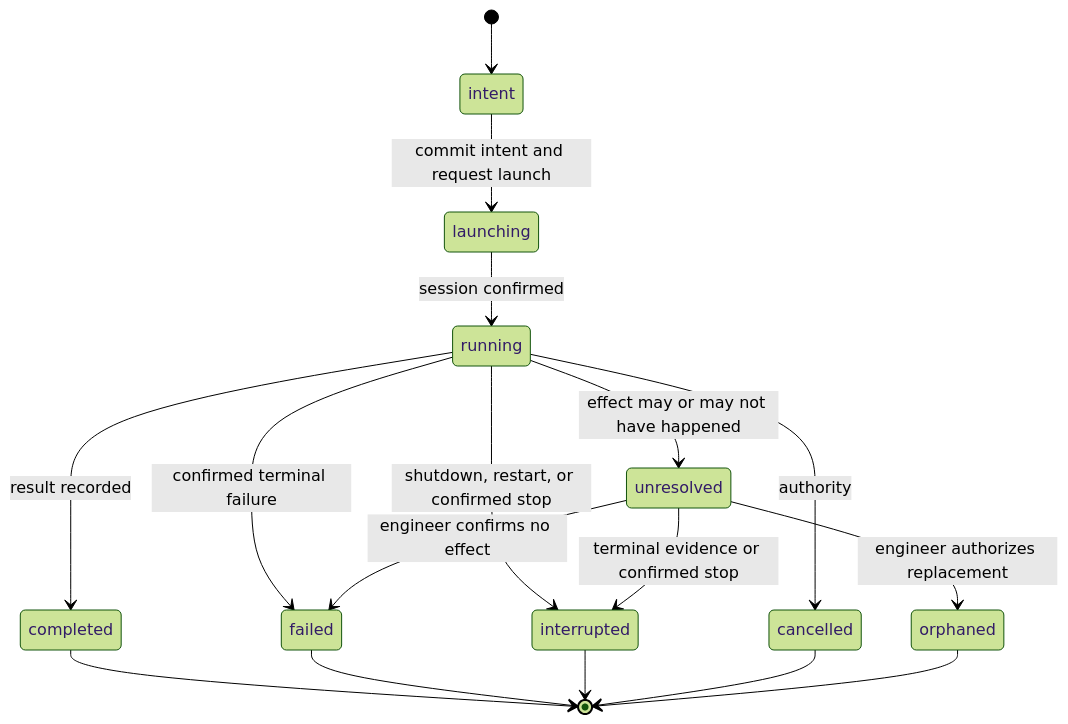
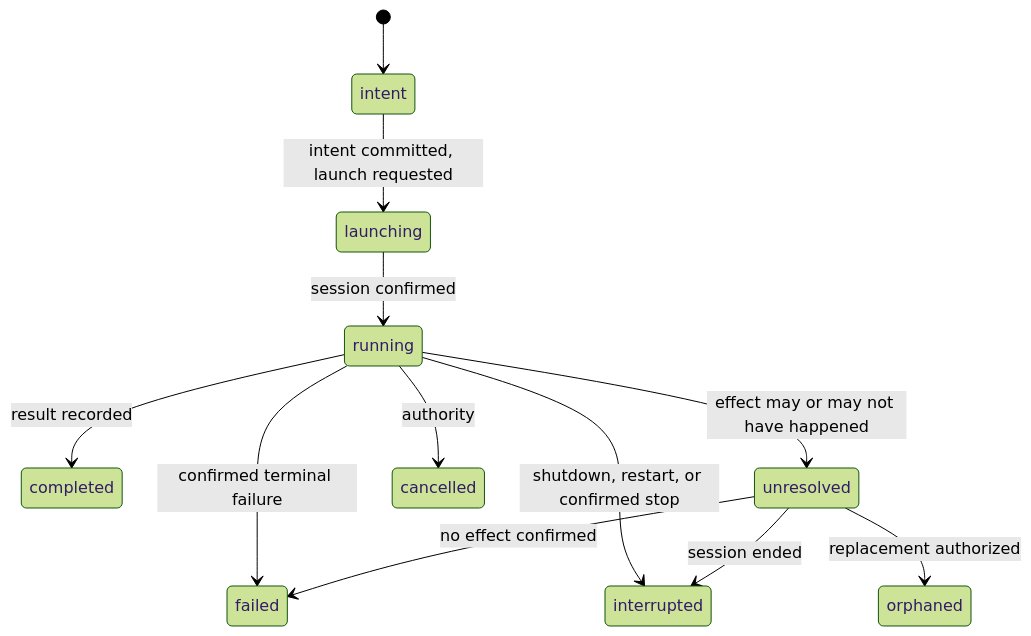
The third of 3 diagrams in docs/src/content/docs/reference/states.md (piton-lang/factory), drawn with Mermaid (forest theme) before and after one commit. The commit also changed other lines of this file and 37 other files, not shown here.

````diff
--- a/docs/src/content/docs/reference/states.md
+++ b/docs/src/content/docs/reference/states.md
@@ -88,19 +97,14 @@
 ```mermaid
 stateDiagram-v2
     [*] --> intent
-    intent --> launching: commit intent and request launch
+    intent --> launching: intent committed, launch requested
     launching --> running: session confirmed
     running --> completed: result recorded
     running --> failed: confirmed terminal failure
     running --> interrupted: shutdown, restart, or confirmed stop
     running --> unresolved: effect may or may not have happened
-    unresolved --> interrupted: terminal evidence or confirmed stop
-    unresolved --> failed: engineer confirms no effect
-    unresolved --> orphaned: engineer authorizes replacement
     running --> cancelled: authority
-    completed --> [*]
-    failed --> [*]
-    interrupted --> [*]
-    cancelled --> [*]
-    orphaned --> [*]
+    unresolved --> interrupted: session ended
+    unresolved --> failed: no effect confirmed
+    unresolved --> orphaned: replacement authorized
 ```
````
